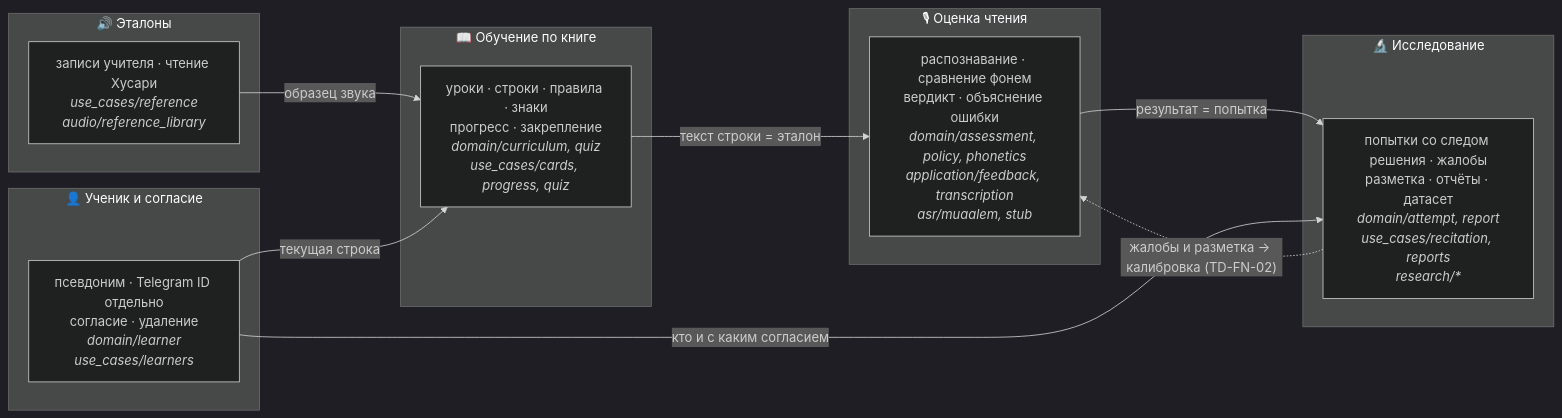
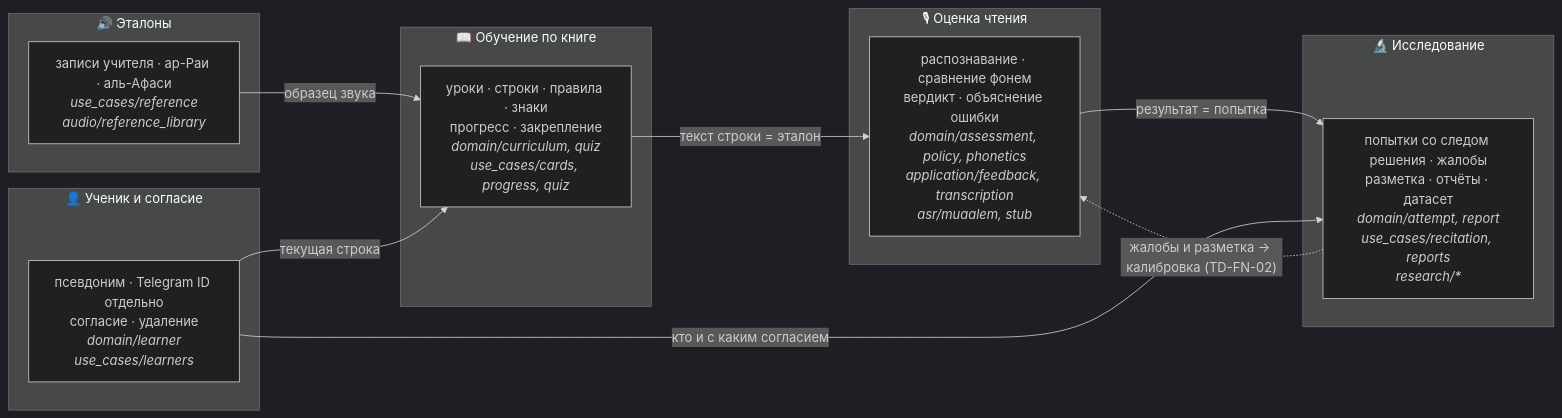
The diagram in docs/architecture/diagrams/07-contexts.mmd (abdra04-gif/muallim), drawn with Mermaid (dark theme) before and after one commit. The commit also changed 287 other files, not shown here.

First line of the commit message:
feat(bot): «как правильно» — аяты читает аль-Афаси, буквы и слоги — готовые записи ар-Раи

```diff
--- a/docs/architecture/diagrams/07-contexts.mmd
+++ b/docs/architecture/diagrams/07-contexts.mmd
@@ -1,25 +1,25 @@
 %% Смысловые области (bounded contexts, DDD) поверх слоёв. Стрелка = «передаёт данные».
 %% У каждой области свой язык: «строка книги» в Обучении — это «эталон» в Оценке и «попытка» в Исследовании.
 flowchart LR
     subgraph learning["📖 Обучение по книге"]
         L["уроки · строки · правила · знаки<br/>прогресс · закрепление<br/><i>domain/curriculum, quiz<br/>use_cases/cards, progress, quiz</i>"]
     end
     subgraph reference["🔊 Эталоны"]
-        R["записи учителя · чтение Хусари<br/><i>use_cases/reference<br/>audio/reference_library</i>"]
+        R["записи учителя · ар-Раи · аль-Афаси<br/><i>use_cases/reference<br/>audio/reference_library</i>"]
     end
     subgraph assessment["🎙 Оценка чтения"]
         A["распознавание · сравнение фонем<br/>вердикт · объяснение ошибки<br/><i>domain/assessment, policy, phonetics<br/>application/feedback, transcription<br/>asr/muaalem, stub</i>"]
     end
     subgraph identity["👤 Ученик и согласие"]
         I["псевдоним · Telegram ID отдельно<br/>согласие · удаление<br/><i>domain/learner<br/>use_cases/learners</i>"]
     end
     subgraph research["🔬 Исследование"]
         S["попытки со следом решения · жалобы<br/>разметка · отчёты · датасет<br/><i>domain/attempt, report<br/>use_cases/recitation, reports<br/>research/*</i>"]
     end
 
     L -- "текст строки = эталон" --> A
     R -- "образец звука" --> L
     A -- "результат = попытка" --> S
     I -- "кто и с каким согласием" --> S
     I -- "текущая строка" --> L
     S -. "жалобы и разметка → калибровка (TD-FN-02)" .-> A
```
